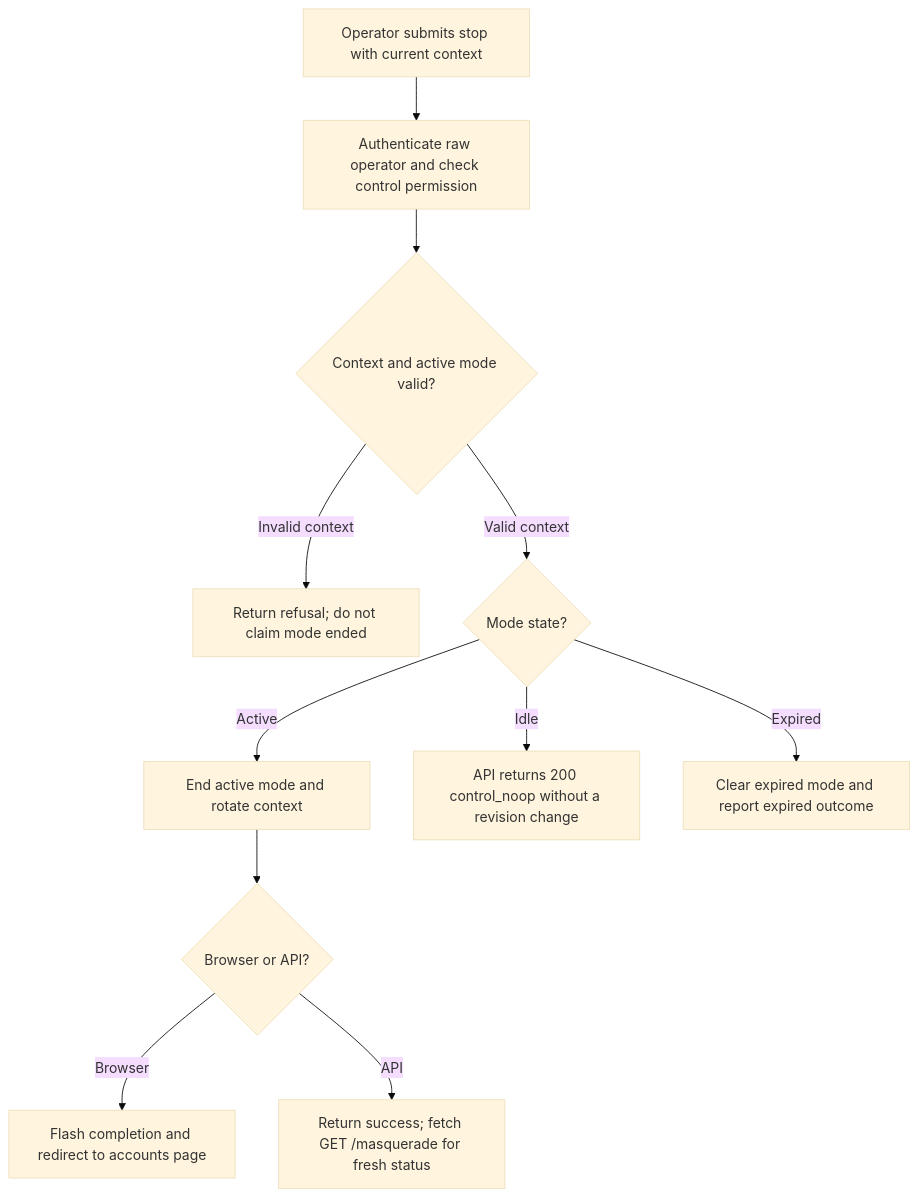
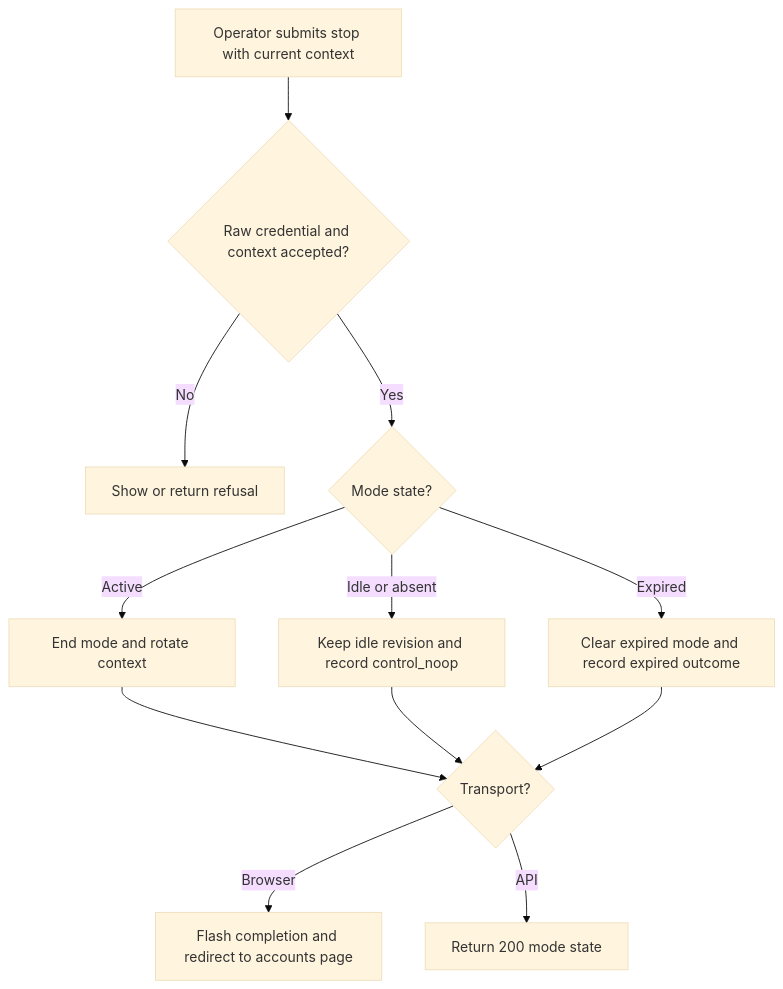
Before and after one commit to Kevinjohn/oss-adonisjs-starter-examples: the first of 2 diagrams in user-stories/support/us-masq-04-stop-support-mode.md, drawn with Mermaid (base theme). The commit also changed other lines of this file and 3 other files, not shown here.

````diff
--- a/user-stories/support/us-masq-04-stop-support-mode.md
+++ b/user-stories/support/us-masq-04-stop-support-mode.md
@@ -26,13 +26,14 @@
 ```mermaid
 flowchart TD
-    A["Operator submits stop with current context"] --> B["Authenticate raw operator and check control permission"]
-    B --> C{"Context and active mode valid?"}
-    C -->|Invalid context| D["Return refusal; do not claim mode ended"]
-    C -->|Valid context| E{"Mode state?"}
-    E -->|Active| F["End active mode and rotate context"]
-    E -->|Idle| G["API returns 200 control_noop without a revision change"]
-    E -->|Expired| H["Clear expired mode and report expired outcome"]
-    F --> I{"Browser or API?"}
-    I -->|Browser| J["Flash completion and redirect to accounts page"]
-    I -->|API| K["Return success; fetch GET /masquerade for fresh status"]
+    A["Operator submits stop with current context"] --> B{"Raw credential and context accepted?"}
+    B -->|No| C["Show or return refusal"]
+    B -->|Yes| D{"Mode state?"}
+    D -->|Active| E["End mode and rotate context"]
+    D -->|Idle or absent| F["Keep idle revision and record control_noop"]
+    D -->|Expired| G["Clear expired mode and record expired outcome"]
+    E --> H{"Transport?"}
+    F --> H
+    G --> H
+    H -->|Browser| I["Flash completion and redirect to accounts page"]
+    H -->|API| J["Return 200 mode state"]
 ```
````
